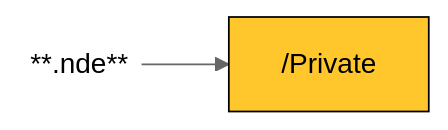
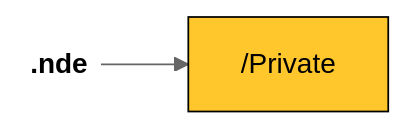
Before and after one commit to Evident-Industrial/NDE_Open_File_Format: the diagram in site/docs/hdf5-structure/private-group.md, drawn with Mermaid (neutral theme). The commit also changed 139 other files, not shown here.

````diff
--- a/site/docs/hdf5-structure/private-group.md
+++ b/site/docs/hdf5-structure/private-group.md
@@ -3,8 +3,8 @@
 ``` mermaid
 flowchart LR
-  .nde[**.nde**]:::root --> Private["/Private"]:::group
+  .nde[<b>.nde</b>]:::root --> Private["/Private"]:::group
   .nde@{ shape: text}
   classDef root fill:#fff
   classDef group fill:#ffc72c,stroke:#000000,color:#000000
   classDef dataset fill:#fff,stroke:#000000,color:#000000
 ```
````
